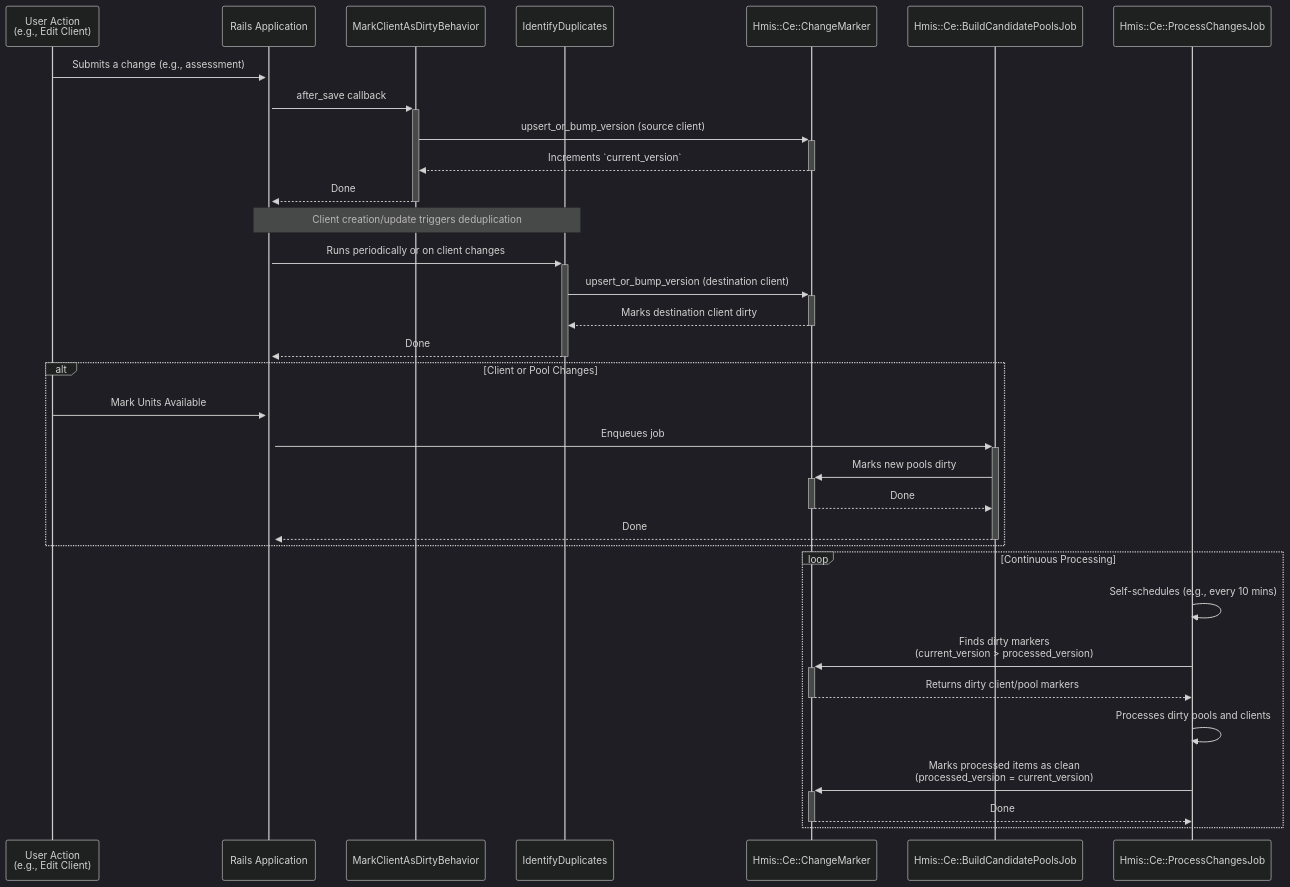
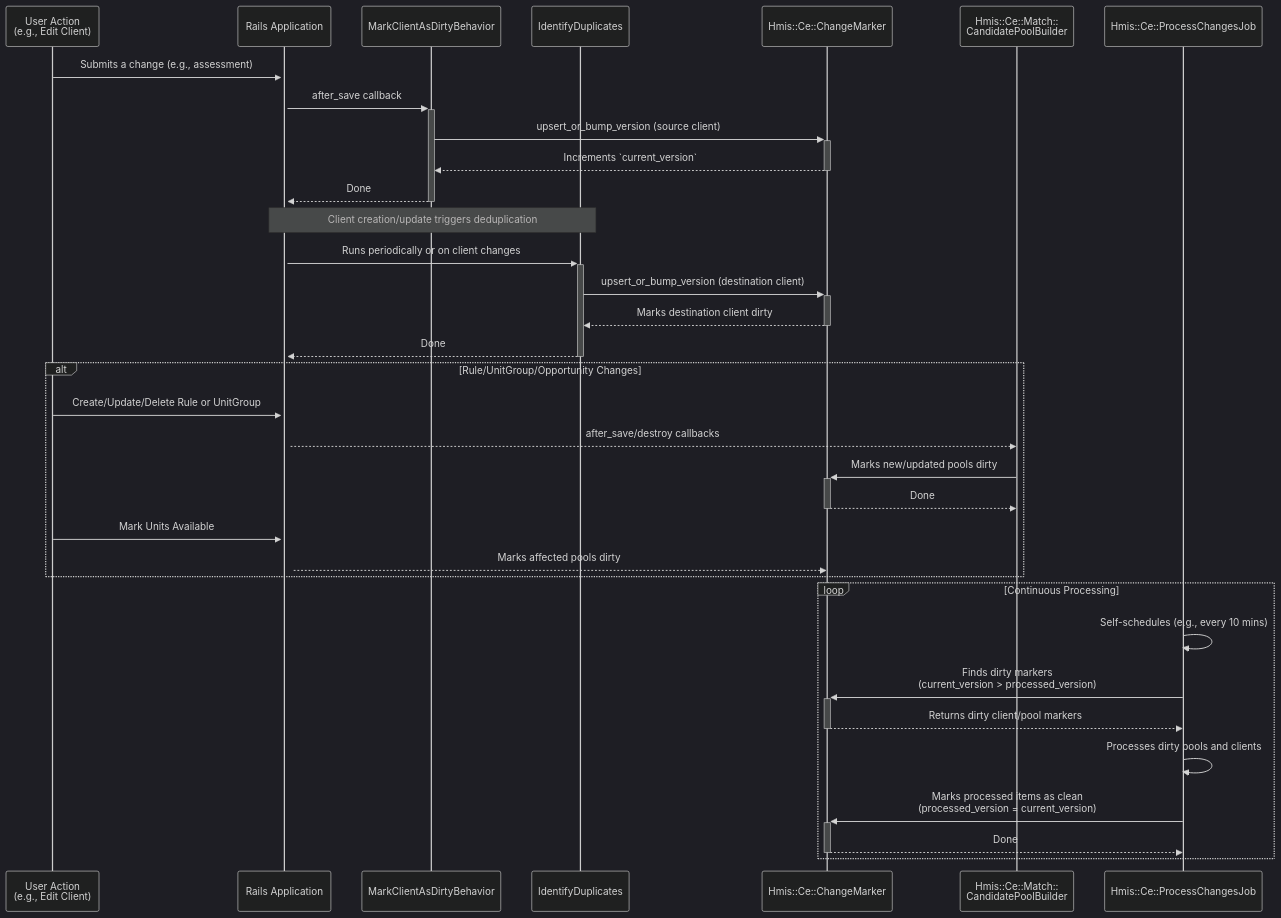
The diagram in drivers/hmis/app/models/hmis/ce/README_FOR_CHANGE_MARKER.md (greenriver/hmis-warehouse), drawn with Mermaid (dark theme) before and after one commit. The commit also changed other lines of this file and 3 other files, not shown here.

````diff
--- a/drivers/hmis/app/models/hmis/ce/README_FOR_CHANGE_MARKER.md
+++ b/drivers/hmis/app/models/hmis/ce/README_FOR_CHANGE_MARKER.md
@@ -22,39 +21,40 @@
 ```mermaid
 sequenceDiagram
     participant UserAction as User Action<br/>(e.g., Edit Client)
     participant RailsApp as Rails Application
     participant MarkClientAsDirtyBehavior as MarkClientAsDirtyBehavior
     participant IdentifyDuplicates as IdentifyDuplicates
     participant ChangeMarker as Hmis::Ce::ChangeMarker
-    participant BuildCandidatePoolsJob as Hmis::Ce::BuildCandidatePoolsJob
+    participant CandidatePoolBuilder as Hmis::Ce::Match::<br>CandidatePoolBuilder
     participant ProcessChangesJob as Hmis::Ce::ProcessChangesJob
 
     UserAction->>+RailsApp: Submits a change (e.g., assessment)
     RailsApp->>+MarkClientAsDirtyBehavior: after_save callback
     MarkClientAsDirtyBehavior->>+ChangeMarker: upsert_or_bump_version (source client)
     ChangeMarker-->>-MarkClientAsDirtyBehavior: Increments `current_version`
     MarkClientAsDirtyBehavior-->>-RailsApp: Done
 
     Note over RailsApp,IdentifyDuplicates: Client creation/update triggers deduplication
     RailsApp->>+IdentifyDuplicates: Runs periodically or on client changes
     IdentifyDuplicates->>+ChangeMarker: upsert_or_bump_version (destination client)
     ChangeMarker-->>-IdentifyDuplicates: Marks destination client dirty
     IdentifyDuplicates-->>-RailsApp: Done
 
-    alt Client or Pool Changes
+    alt Rule/UnitGroup/Opportunity Changes
+        UserAction->>+RailsApp: Create/Update/Delete Rule or UnitGroup
+        RailsApp-->>CandidatePoolBuilder: after_save/destroy callbacks
+        CandidatePoolBuilder->>+ChangeMarker: Marks new/updated pools dirty
+        ChangeMarker-->>-CandidatePoolBuilder: Done
         UserAction->>+RailsApp: Mark Units Available
-        RailsApp->>+BuildCandidatePoolsJob: Enqueues job
-        BuildCandidatePoolsJob->>+ChangeMarker: Marks new pools dirty
-        ChangeMarker-->>-BuildCandidatePoolsJob: Done
-        BuildCandidatePoolsJob-->>-RailsApp: Done
+        RailsApp-->>ChangeMarker: Marks affected pools dirty
     end
 
     loop Continuous Processing
         ProcessChangesJob->>ProcessChangesJob: Self-schedules (e.g., every 10 mins)
         ProcessChangesJob->>+ChangeMarker: Finds dirty markers <br/> (current_version > processed_version)
         ChangeMarker-->>-ProcessChangesJob: Returns dirty client/pool markers
         ProcessChangesJob->>ProcessChangesJob: Processes dirty pools and clients
         ProcessChangesJob->>+ChangeMarker: Marks processed items as clean <br/> (processed_version = current_version)
         ChangeMarker-->>-ProcessChangesJob: Done
     end
 ```
````
